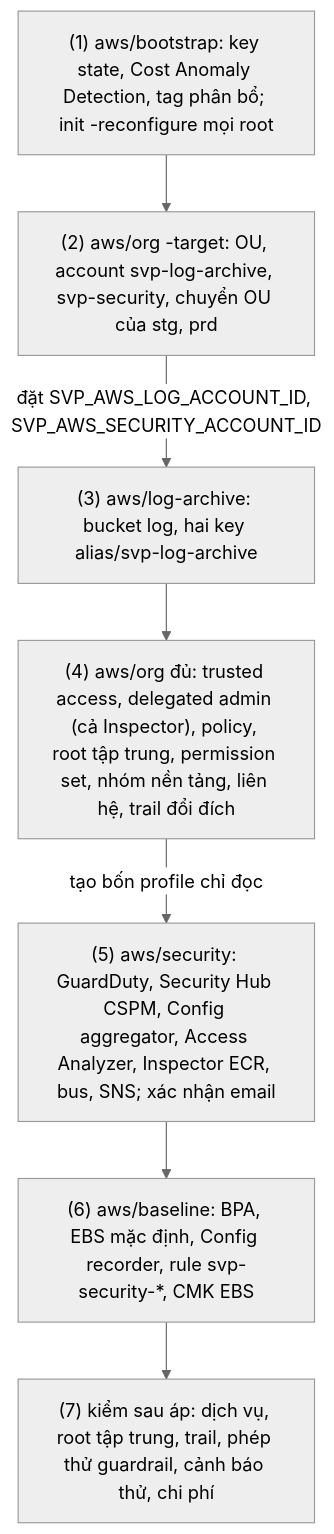
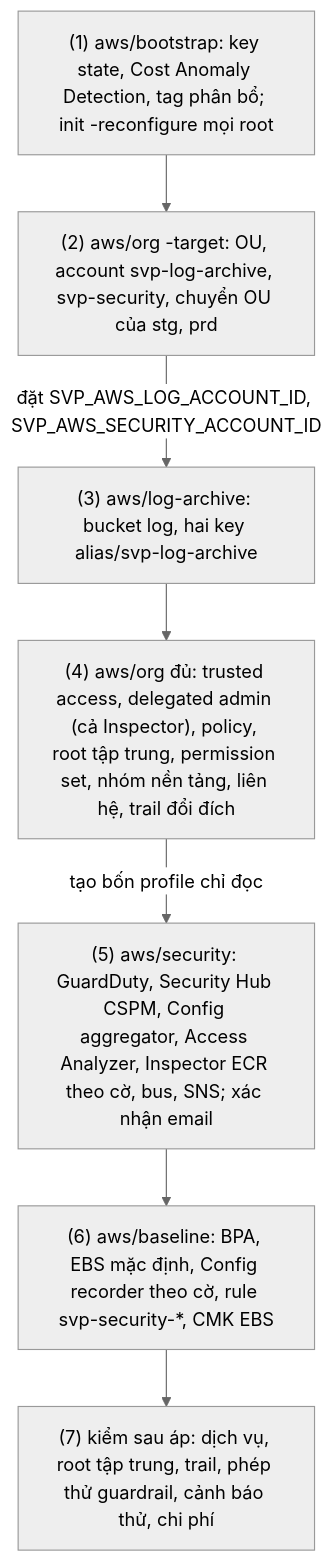
The diagram in docs/runbooks/org-security-setup.md (anhnvcoder/svp-infra), drawn with Mermaid (neutral theme) before and after one commit. The commit also changed other lines of this file and 62 other files, not shown here.

````diff
--- a/docs/runbooks/org-security-setup.md
+++ b/docs/runbooks/org-security-setup.md
@@ -19,10 +22,10 @@
 ```mermaid
 flowchart TD
   B1["(1) aws/bootstrap: key state, Cost Anomaly Detection, tag phân bổ; init -reconfigure mọi root"] --> B2
   B2["(2) aws/org -target: OU, account svp-log-archive, svp-security, chuyển OU của stg, prd"] -->|đặt SVP_AWS_LOG_ACCOUNT_ID, SVP_AWS_SECURITY_ACCOUNT_ID| B3
   B3["(3) aws/log-archive: bucket log, hai key alias/svp-log-archive"] --> B4
   B4["(4) aws/org đủ: trusted access, delegated admin (cả Inspector), policy, root tập trung, permission set, nhóm nền tảng, liên hệ, trail đổi đích"] -->|tạo bốn profile chỉ đọc| B5
-  B5["(5) aws/security: GuardDuty, Security Hub CSPM, Config aggregator, Access Analyzer, Inspector ECR, bus, SNS; xác nhận email"] --> B6
-  B6["(6) aws/baseline: BPA, EBS mặc định, Config recorder, rule svp-security-*, CMK EBS"] --> B7
+  B5["(5) aws/security: GuardDuty, Security Hub CSPM, Config aggregator, Access Analyzer, Inspector ECR theo cờ, bus, SNS; xác nhận email"] --> B6
+  B6["(6) aws/baseline: BPA, EBS mặc định, Config recorder theo cờ, rule svp-security-*, CMK EBS"] --> B7
   B7["(7) kiểm sau áp: dịch vụ, root tập trung, trail, phép thử guardrail, cảnh báo thử, chi phí"]
 ```
````
